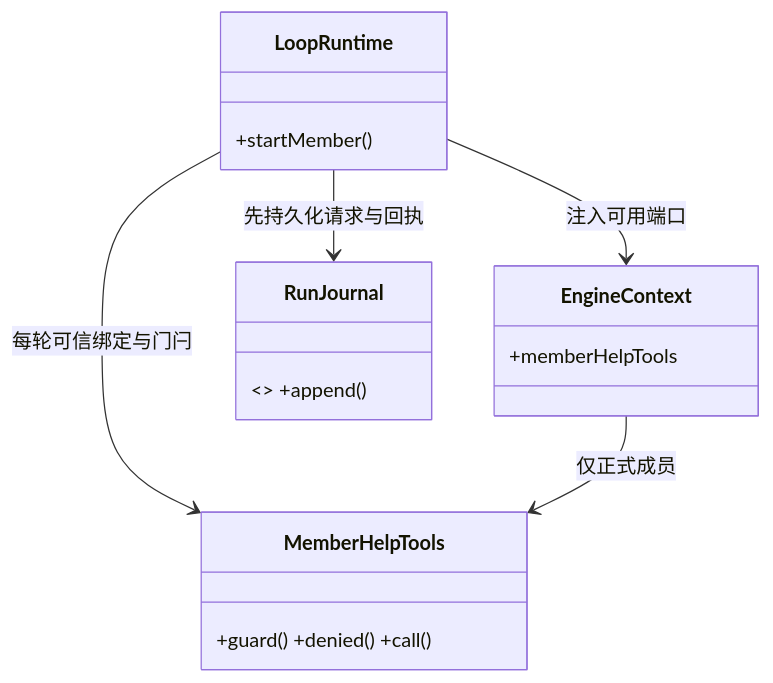
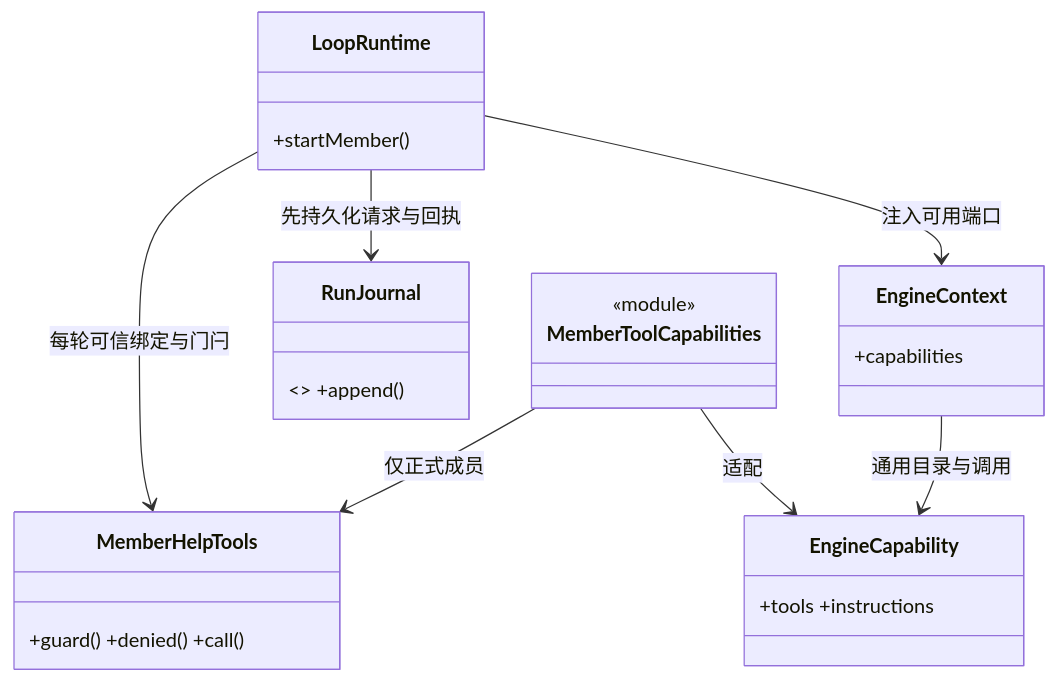
The first of 2 diagrams in src/backend/core/brain/CONTRACT.md (nan023062/cbim), drawn with Mermaid before and after one commit. The commit also changed other lines of this file and 356 other files, not shown here.

First line of the commit message:
chore: preserve architecture remediation before desktop 0.1.7 alignment

````diff
--- a/src/backend/core/brain/CONTRACT.md
+++ b/src/backend/core/brain/CONTRACT.md
@@ -47,11 +47,15 @@
 ```mermaid
 classDiagram
 class LoopRuntime { +startMember() }
 class MemberHelpTools { +guard() +denied() +call() }
-class EngineContext { +memberHelpTools }
+class EngineContext { +capabilities }
 class RunJournal { <<port>> +append() }
 LoopRuntime --> MemberHelpTools : 每轮可信绑定与门闩
 LoopRuntime --> RunJournal : 先持久化请求与回执
 LoopRuntime --> EngineContext : 注入可用端口
-EngineContext --> MemberHelpTools : 仅正式成员
+class EngineCapability { +tools +instructions }
+class MemberToolCapabilities { <<module>> }
+EngineContext --> EngineCapability : 通用目录与调用
+MemberToolCapabilities --> MemberHelpTools : 仅正式成员
+MemberToolCapabilities --> EngineCapability : 适配
 ```
````
